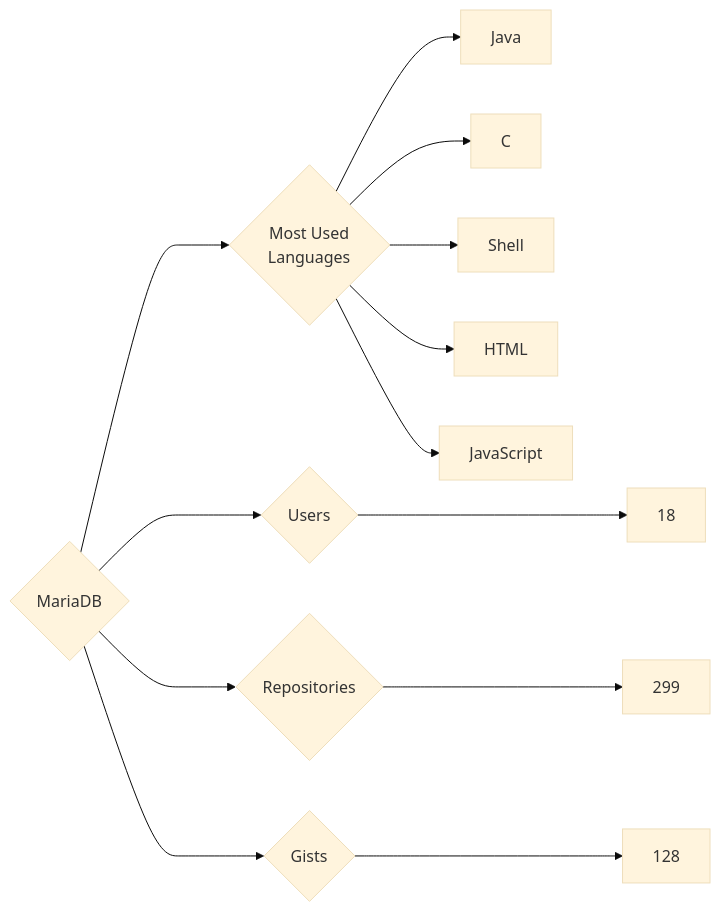
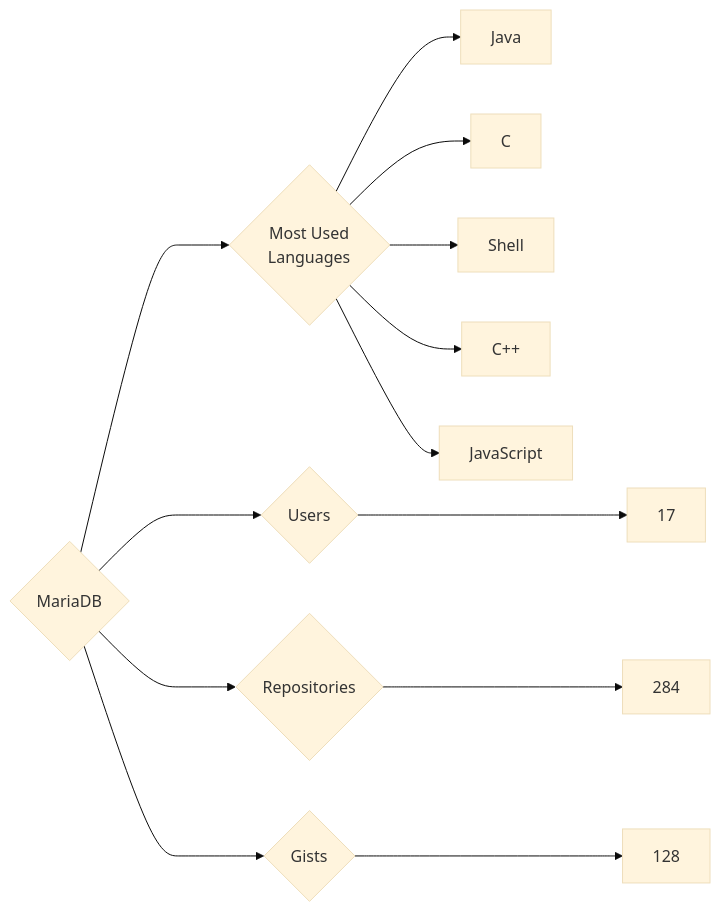
One commit to trickest/insiders changed the diagram in targets/MariaDB/README.md. Above: the diagram before and after it, drawn with Mermaid (base theme). The commit also changed 925 other files, not shown here.

````diff
--- a/targets/MariaDB/README.md
+++ b/targets/MariaDB/README.md
@@ -3,13 +3,13 @@
 ```mermaid
 graph LR
 COMPANY_NAME{MariaDB}
-COMPANY_NAME ---> U{Users} ---> UN[18]
-COMPANY_NAME ---> R{Repositories} ---> RN[299]
+COMPANY_NAME ---> U{Users} ---> UN[17]
+COMPANY_NAME ---> R{Repositories} ---> RN[284]
 COMPANY_NAME ---> G{Gists} ---> GN[128]
 COMPANY_NAME ---> ML{Most Used<br>Languages}
 ML --> Java[Java]
 ML --> C[C]
 ML --> Shell[Shell]
-ML --> HTML[HTML]
+ML --> C++[C++]
 ML --> JavaScript[JavaScript]
 ```
````
